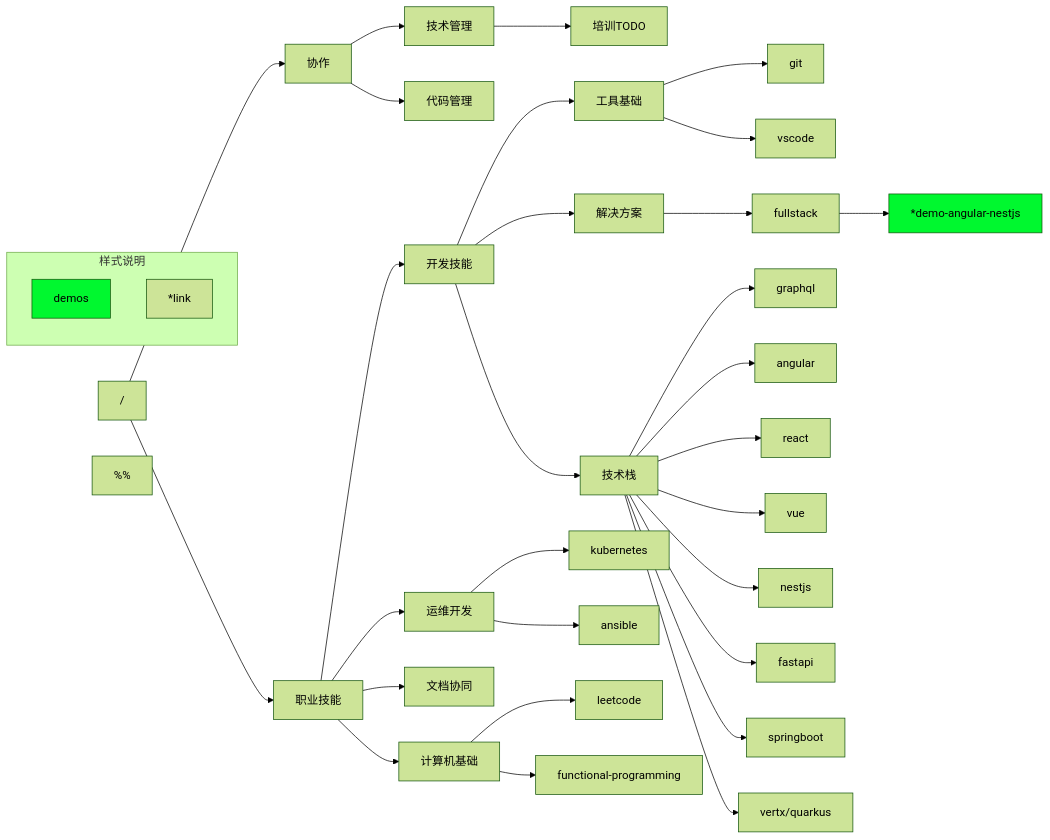
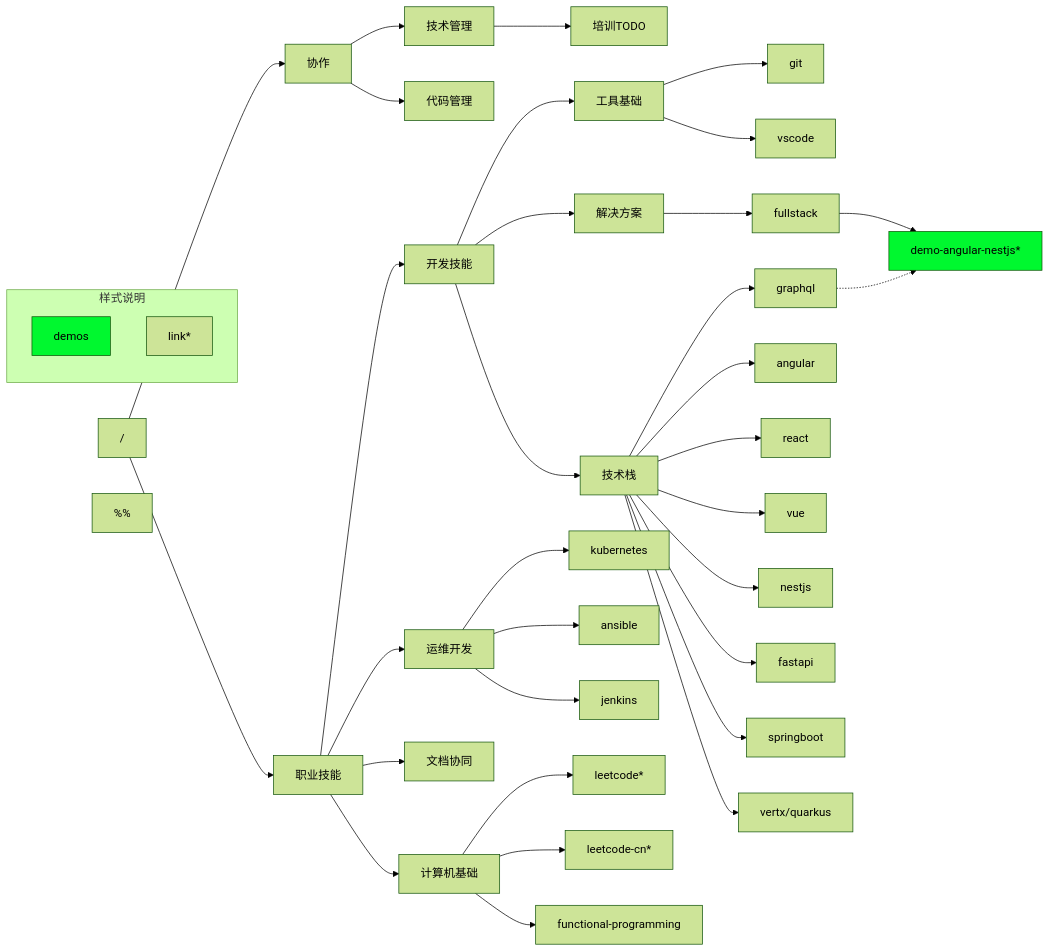
Before and after one commit to lovepocky-home/skills: the diagram in README.md, drawn with Mermaid (forest theme). The commit also changed other lines of this file, not shown here.

````diff
--- a/README.md
+++ b/README.md
@@ -5,68 +9,74 @@
 ```mermaid
 flowchart LR
 
   classDef demo fill:#00f82f;
   subgraph 样式说明 
     ex-demo[demos]:::demo
-    *link
+    link[link*]
   end
   
 
  
   root["/"]
   skills[职业技能]
   dev[开发技能]
   coo[协作]
   tools[工具基础]
   solution[解决方案]
   techstack[技术栈]
   devops[运维开发]
   docs[文档协同]
   computerbasic[计算机基础]
 
   root --> coo
   root --> skills
 
   skills --> dev
   skills --> devops
   skills --> docs
   skills --> computerbasic
 
   dev --> tools
   dev --> solution
   dev --> techstack
 
   solution --> fullstack
 
   techstack --> graphql
   techstack --> angular
   techstack --> react
   techstack --> vue
   techstack --> nestjs
   techstack --> fastapi
   techstack --> springboot
   techstack --> vertx/quarkus
 
+  graphql -.-> demo-angular-nestjs
+
   coo --> techmana[技术管理]
   coo --> srcmana[代码管理] 
 
   techmana --> 培训TODO
 
   %% 工具基础
   tools --> git
   tools --> vscode
 
   %%
-  computerbasic --> leetcode
+  computerbasic --> leetcode[leetcode*]
+  click leetcode "https://leetcode.com/lovepocky/"
+  computerbasic --> leetcode-cn[leetcode-cn*]
+  click leetcode-cn "https://leetcode-cn.com/u/lovepocky/"
   computerbasic --> functional-programming
 
   %% 
-  fullstack --> demo-angular-nestjs[*demo-angular-nestjs]
+  fullstack --> demo-angular-nestjs[demo-angular-nestjs*]
   demo-angular-nestjs:::demo
-  click demo-angular-nestjs href "https://github.com/lovepocky-home/solution-fullstack-starter" "link"
+  click demo-angular-nestjs href "https://github.com/lovepocky-home/solution-fullstack-starter"
 
   %% devops
   devops --> kubernetes
   devops --> ansible
+  devops --> jenkins
 
 ```
````
